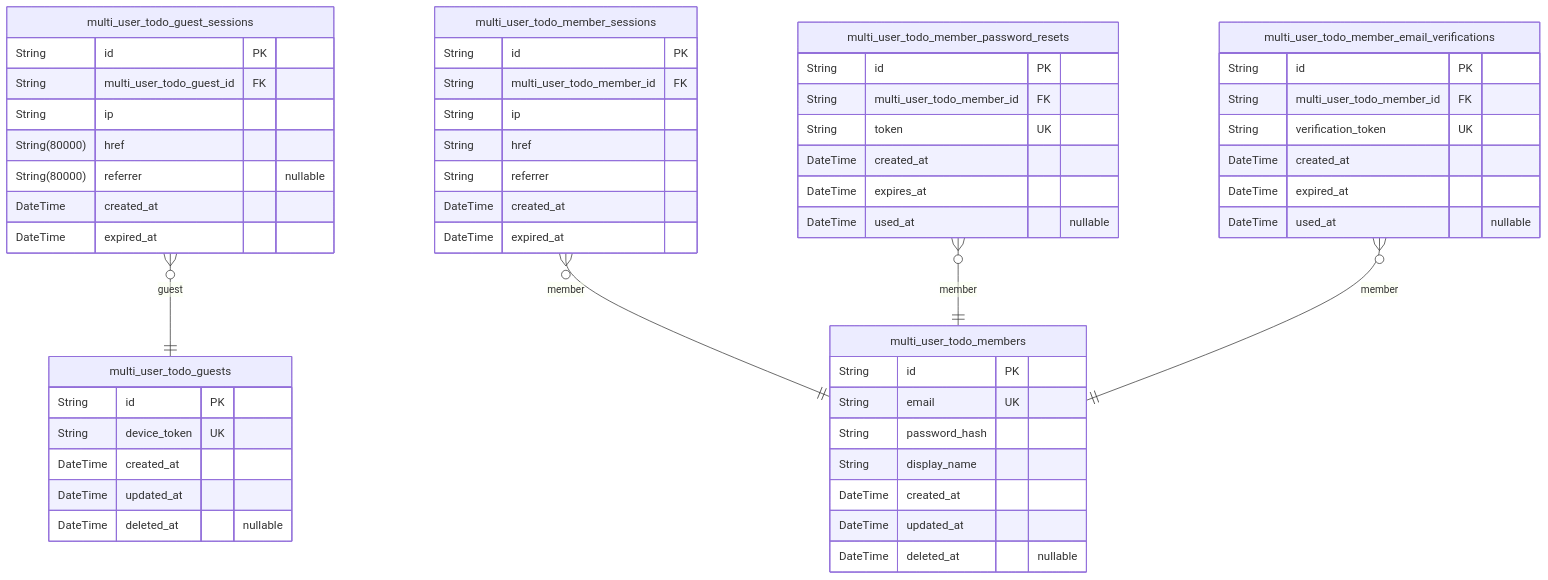
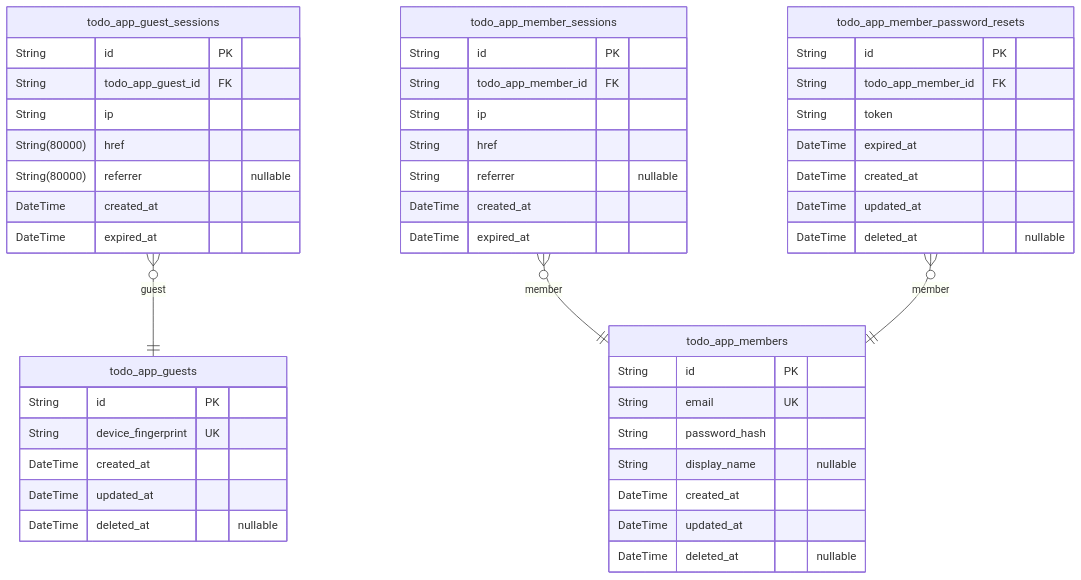
One commit to wrtnlabs/autobe-examples changed the first of 2 diagrams in qwen/qwen3.5-27b/todo/docs/ERD.md. Above: the diagram before and after it, drawn with Mermaid. The commit also changed other lines of this file and 32093 other files, not shown here.

````diff
--- a/qwen/qwen3.5-27b/todo/docs/ERD.md
+++ b/qwen/qwen3.5-27b/todo/docs/ERD.md
@@ -10,57 +10,49 @@
 ```mermaid
 erDiagram
-"multi_user_todo_guests" {
+"todo_app_guests" {
   String id PK
-  String device_token UK
+  String device_fingerprint UK
   DateTime created_at
   DateTime updated_at
   DateTime deleted_at "nullable"
 }
-"multi_user_todo_guest_sessions" {
+"todo_app_guest_sessions" {
   String id PK
-  String multi_user_todo_guest_id FK
+  String todo_app_guest_id FK
   String ip
   String(80000) href
   String(80000) referrer "nullable"
   DateTime created_at
   DateTime expired_at
 }
-"multi_user_todo_members" {
+"todo_app_members" {
   String id PK
   String email UK
   String password_hash
-  String display_name
+  String display_name "nullable"
   DateTime created_at
   DateTime updated_at
   DateTime deleted_at "nullable"
 }
-"multi_user_todo_member_sessions" {
+"todo_app_member_sessions" {
   String id PK
-  String multi_user_todo_member_id FK
+  String todo_app_member_id FK
   String ip
   String href
-  String referrer
+  String referrer "nullable"
   DateTime created_at
   DateTime expired_at
 }
-"multi_user_todo_member_password_resets" {
+"todo_app_member_password_resets" {
   String id PK
-  String multi_user_todo_member_id FK
-  String token UK
+  String todo_app_member_id FK
+  String token
+  DateTime expired_at
   DateTime created_at
-  DateTime expires_at
-  DateTime used_at "nullable"
+  DateTime updated_at
+  DateTime deleted_at "nullable"
 }
-"multi_user_todo_member_email_verifications" {
-  String id PK
-  String multi_user_todo_member_id FK
-  String verification_token UK
-  DateTime created_at
-  DateTime expired_at
-  DateTime used_at "nullable"
-}
-"multi_user_todo_guest_sessions" }o--|| "multi_user_todo_guests" : guest
-"multi_user_todo_member_sessions" }o--|| "multi_user_todo_members" : member
-"multi_user_todo_member_password_resets" }o--|| "multi_user_todo_members" : member
-"multi_user_todo_member_email_verifications" }o--|| "multi_user_todo_members" : member
+"todo_app_guest_sessions" }o--|| "todo_app_guests" : guest
+"todo_app_member_sessions" }o--|| "todo_app_members" : member
+"todo_app_member_password_resets" }o--|| "todo_app_members" : member
 ```
````
